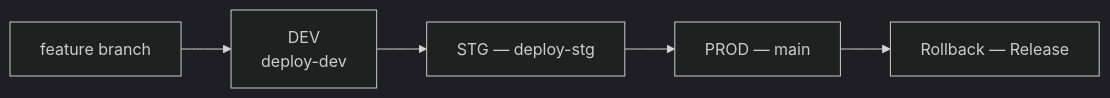
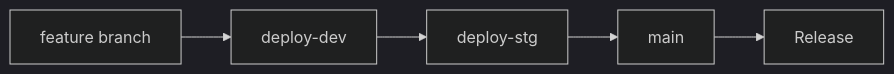
One commit to fritzramos-gf/Workflows changed the diagram in Gates-Workflow.md. Above: the diagram before and after it, drawn with Mermaid (dark theme).

````diff
--- a/Gates-Workflow.md
+++ b/Gates-Workflow.md
@@ -1,18 +1,17 @@
 ```mermaid
 
 flowchart LR
-    A[feature branch] --> B[DEV
-                            deploy-dev]       
-    B --> C[STG  —  deploy-stg]      
-    C --> D[PROD  —  main] 
-    D --> E[Rollback  —  Release]
+    A[feature branch] --> B[deploy-dev]       
+    B --> C[deploy-stg]      
+    C --> D[main] 
+    D --> E[Release]
 
 
 
 
 
 
 
 
 
 ```
````
